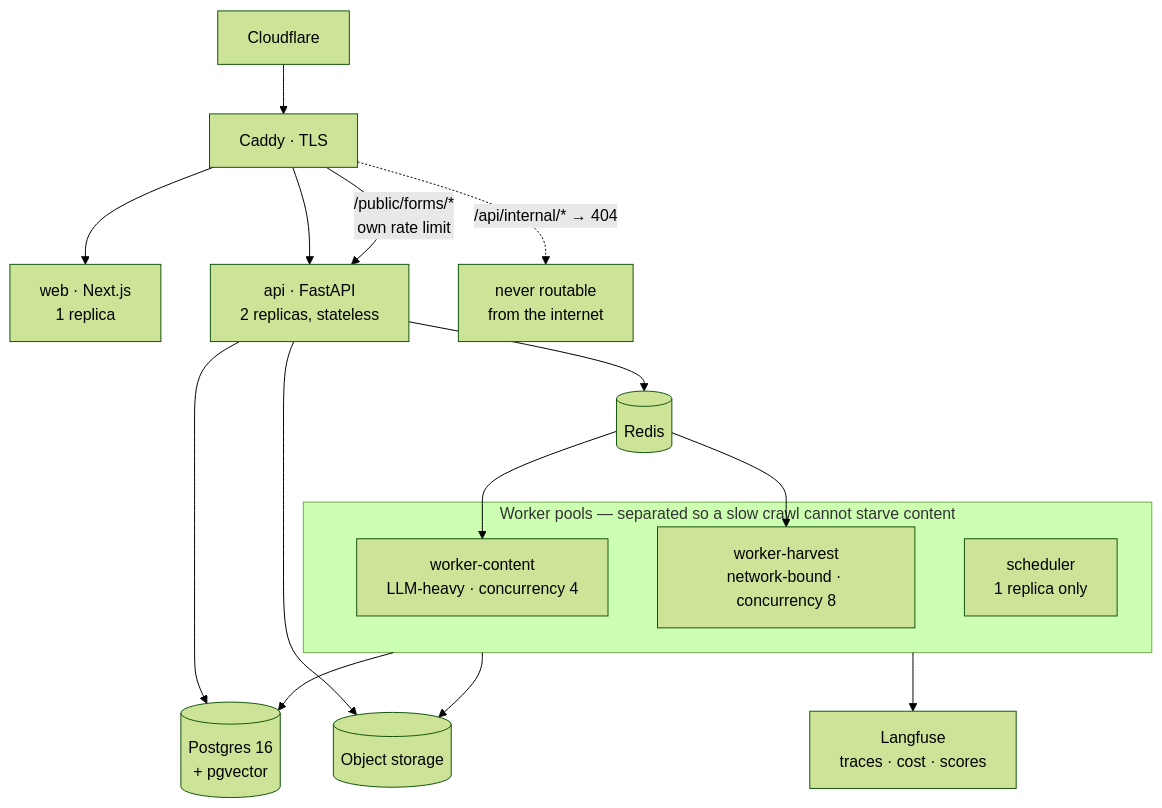
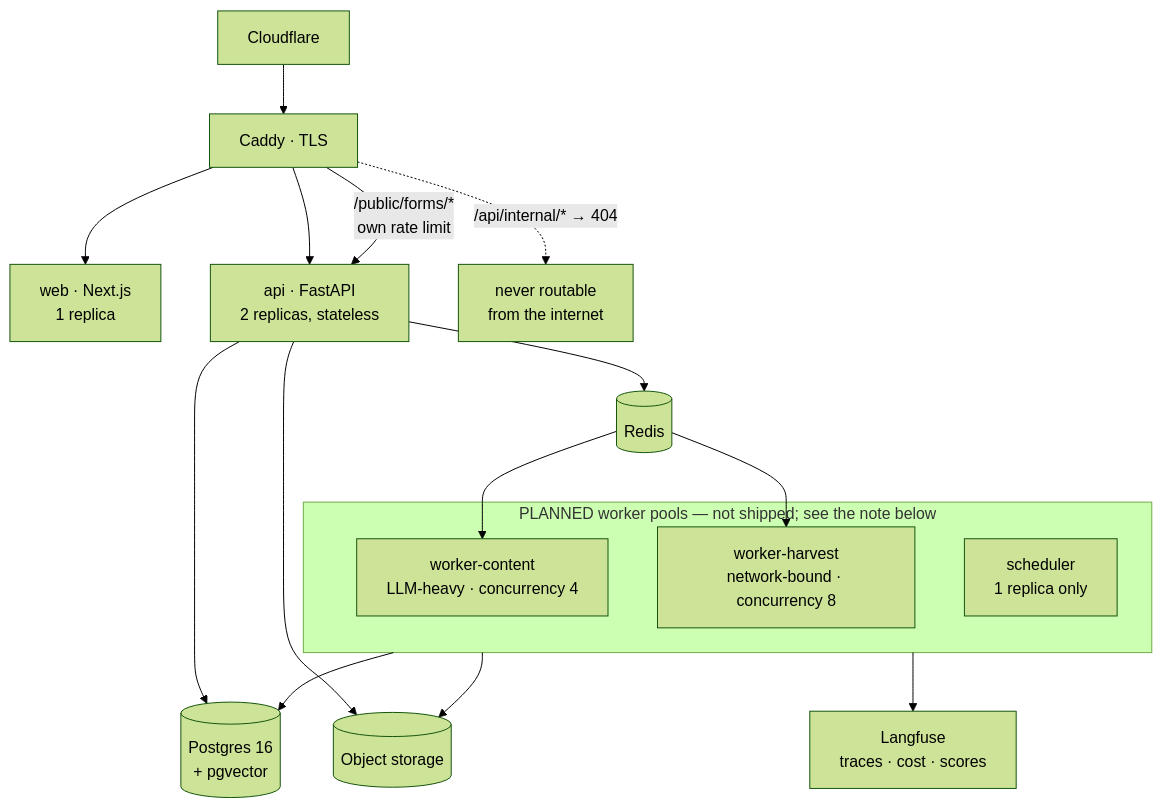
Diagram 12 of 14 in docs/DIAGRAMS.md (zwebapps/socio-seo-agent), drawn with Mermaid (forest theme) before and after one commit. The commit also changed other lines of this file and 7 other files, not shown here.

````diff
--- a/docs/DIAGRAMS.md
+++ b/docs/DIAGRAMS.md
@@ -467,25 +467,25 @@
 ```mermaid
 flowchart TB
     cf["Cloudflare"] --> caddy["Caddy · TLS"]
 
     caddy --> web["web · Next.js<br/>1 replica"]
     caddy --> api["api · FastAPI<br/>2 replicas, stateless"]
     caddy -->|"/public/forms/*<br/>own rate limit"| api
     caddy -.->|"/api/internal/* → 404"| blocked["never routable<br/>from the internet"]
 
     api --> pg[("Postgres 16<br/>+ pgvector")]
     api --> redis[("Redis")]
     api --> s3[("Object storage")]
 
-    subgraph pools["Worker pools — separated so a slow crawl cannot starve content"]
+    subgraph pools["PLANNED worker pools — not shipped; see the note below"]
         wc["worker-content<br/>LLM-heavy · concurrency 4"]
         wh["worker-harvest<br/>network-bound · concurrency 8"]
         sch["scheduler<br/>1 replica only"]
     end
 
     redis --> wc
     redis --> wh
     pools --> pg
     pools --> s3
     pools --> lf["Langfuse<br/>traces · cost · scores"]
 ```
````
